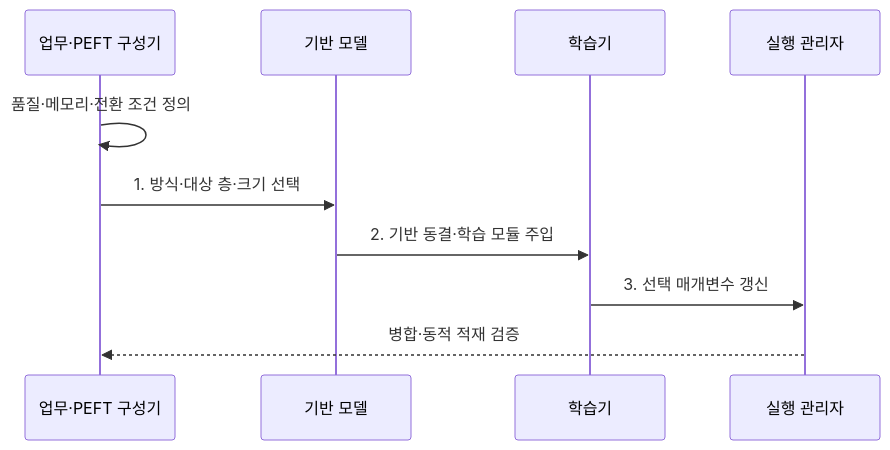
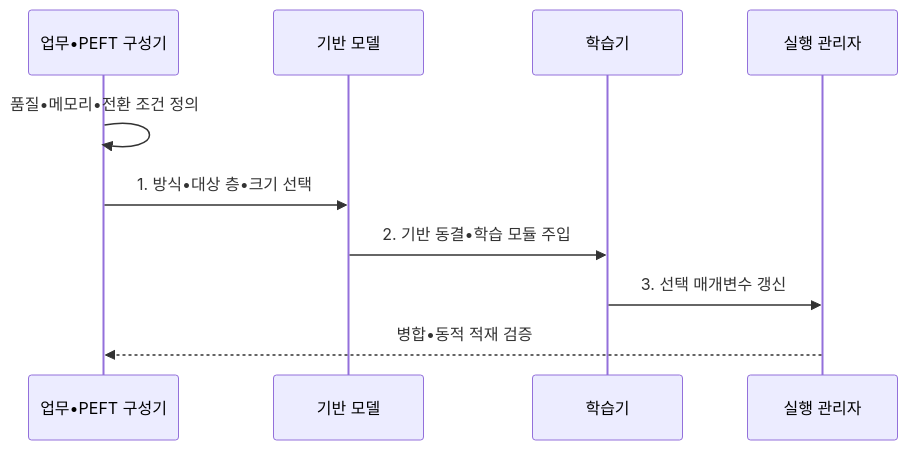
One commit to agnusdei1207/knowledge-base changed the second of 2 diagrams in src/content/docs/notes/08-latest-tech/061_parameter_efficient_fine_tuning.md. Above: the diagram before and after it, drawn with Mermaid. The commit also changed other lines of this file and 953 other files, not shown here.

````diff
--- a/src/content/docs/notes/08-latest-tech/061_parameter_efficient_fine_tuning.md
+++ b/src/content/docs/notes/08-latest-tech/061_parameter_efficient_fine_tuning.md
@@ -100,12 +100,12 @@
 ```mermaid
 sequenceDiagram
-    participant C as 업무·PEFT 구성기
+    participant C as 업무•PEFT 구성기
     participant B as 기반 모델
     participant T as 학습기
     participant R as 실행 관리자
-    C->>C: 품질·메모리·전환 조건 정의
-    C->>B: 1. 방식·대상 층·크기 선택
-    B->>T: 2. 기반 동결·학습 모듈 주입
+    C->>C: 품질•메모리•전환 조건 정의
+    C->>B: 1. 방식•대상 층•크기 선택
+    B->>T: 2. 기반 동결•학습 모듈 주입
     T->>R: 3. 선택 매개변수 갱신
-    R-->>C: 병합·동적 적재 검증
+    R-->>C: 병합•동적 적재 검증
 ```
````
